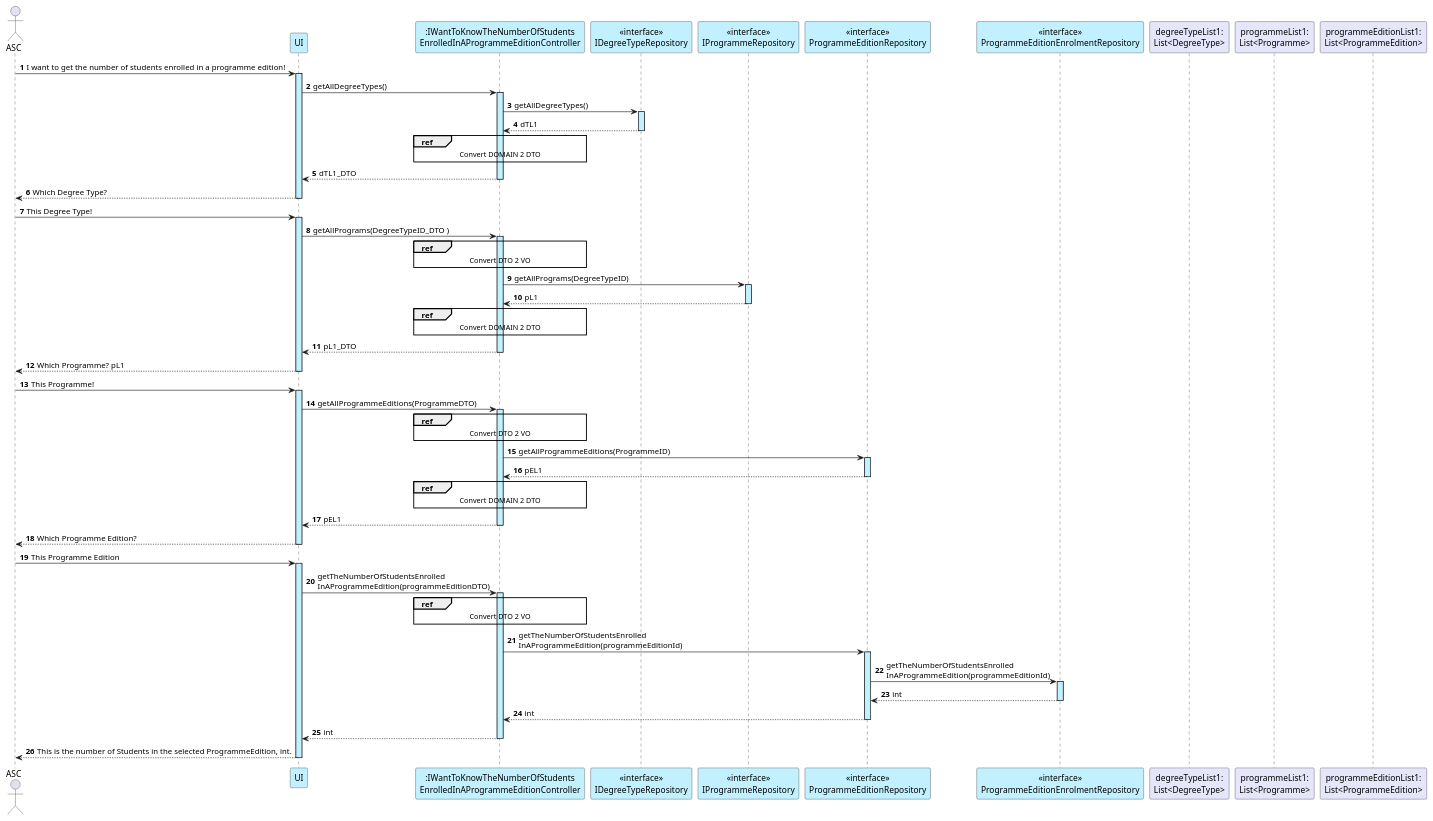
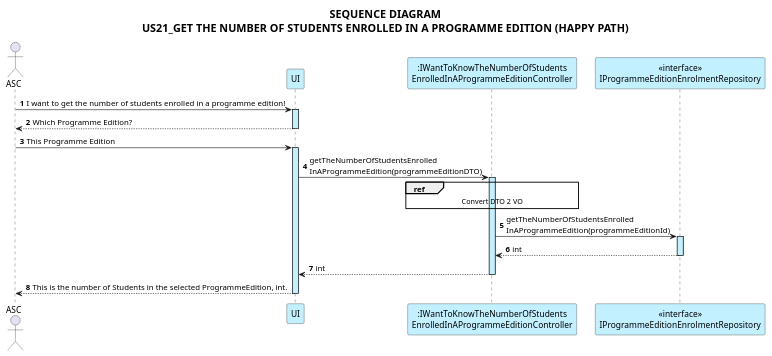
Before and after one commit to GasparISEP/DevOps-PAI: the diagram in docs/US21/US21_IWantToGetTheNumberOfStudentsEnrolledInAProgrammeEdition_SequenceDiagram_DDD.puml, drawn with PlantUML. The commit also changed 2 other files, not shown here.

Commit message:
docs(SD,SSD,CD): update US21 to reflect domain model changes (refs #63)

```diff
--- a/docs/US21/US21_IWantToGetTheNumberOfStudentsEnrolledInAProgrammeEdition_SequenceDiagram_DDD.puml
+++ b/docs/US21/US21_IWantToGetTheNumberOfStudentsEnrolledInAProgrammeEdition_SequenceDiagram_DDD.puml
@@ -1,84 +1,32 @@
 @startuml US21
 
 skinparam ParticipantBackgroundColor #application
 skinparam SequenceLifeLineBackgroundColor #application
 skinparam RefBorderColor #application
 
 actor ASC
 participant UI
 participant ":IWantToKnowTheNumberOfStudents\nEnrolledInAProgrammeEditionController" as CTR
-participant "<<interface>>\nIDegreeTypeRepository"  as IDTR
-participant "<<interface>>\nIProgrammeRepository"  as IPR
-participant "<<interface>>\nProgrammeEditionRepository" as IPER
-participant "<<interface>>\nProgrammeEditionEnrolmentRepository"  as IPEER
-
-participant "degreeTypeList1:\nList<DegreeType>" #E6E6FA
-participant "programmeList1:\nList<Programme>"  #E6E6FA
-participant "programmeEditionList1:\nList<ProgrammeEdition>" #E6E6FA
+participant "<<interface>>\nIProgrammeEditionEnrolmentRepository"  as IPEER
 
 autonumber
+skinparam titleFontSize 18
+
+title: SEQUENCE DIAGRAM\nUS21_GET THE NUMBER OF STUDENTS ENROLLED IN A PROGRAMME EDITION (HAPPY PATH)
 
 ASC -> UI ++ :  I want to get the number of students enrolled in a programme edition!
-UI -> CTR ++ : getAllDegreeTypes()
-CTR -> IDTR ++: getAllDegreeTypes()
-CTR <-- IDTR -- : dTL1
-
-ref over CTR
-    Convert DOMAIN 2 DTO
-end ref
-
-UI <-- CTR  -- : dTL1_DTO
-UI --> ASC -- : Which Degree Type?
-ASC -> UI ++ : This Degree Type!
-
-
-UI -> CTR ++ : getAllPrograms(DegreeTypeID_DTO )
-
-ref over CTR
-    Convert DTO 2 VO
-end ref
-
-CTR -> IPR ++: getAllPrograms(DegreeTypeID)
-CTR <-- IPR --: pL1
-
-ref over CTR
-    Convert DOMAIN 2 DTO
-end ref
-
-UI <-- CTR -- : pL1_DTO
-UI --> ASC -- : Which Programme? pL1
-
-
-ASC -> UI ++ :This Programme!
-
-UI -> CTR ++ : getAllProgrammeEditions(ProgrammeDTO)
-
-ref over CTR
-    Convert DTO 2 VO
-end ref
-
-CTR -> IPER ++ : getAllProgrammeEditions(ProgrammeID)
-IPER --> CTR -- : pEL1
-
-ref over CTR
-    Convert DOMAIN 2 DTO
-end ref
-
-CTR --> UI -- :pEL1
 UI --> ASC -- :Which Programme Edition?
 ASC -> UI ++ : This Programme Edition
 UI -> CTR ++ : getTheNumberOfStudentsEnrolled\nInAProgrammeEdition(programmeEditionDTO)
 
 ref over CTR
     Convert DTO 2 VO
 end ref
 
-CTR -> IPER ++ : getTheNumberOfStudentsEnrolled\nInAProgrammeEdition(programmeEditionId)
-IPER -> IPEER ++  : getTheNumberOfStudentsEnrolled\nInAProgrammeEdition(programmeEditionId)
-IPEER --> IPER -- : int
-IPER --> CTR --: int
+CTR -> IPEER ++ : getTheNumberOfStudentsEnrolled\nInAProgrammeEdition(programmeEditionId)
+IPEER --> CTR --: int
 
 CTR --> "UI" --  : int
 
 UI --> ASC -- : This is the number of Students in the selected ProgrammeEdition, int.
 @enduml
```
